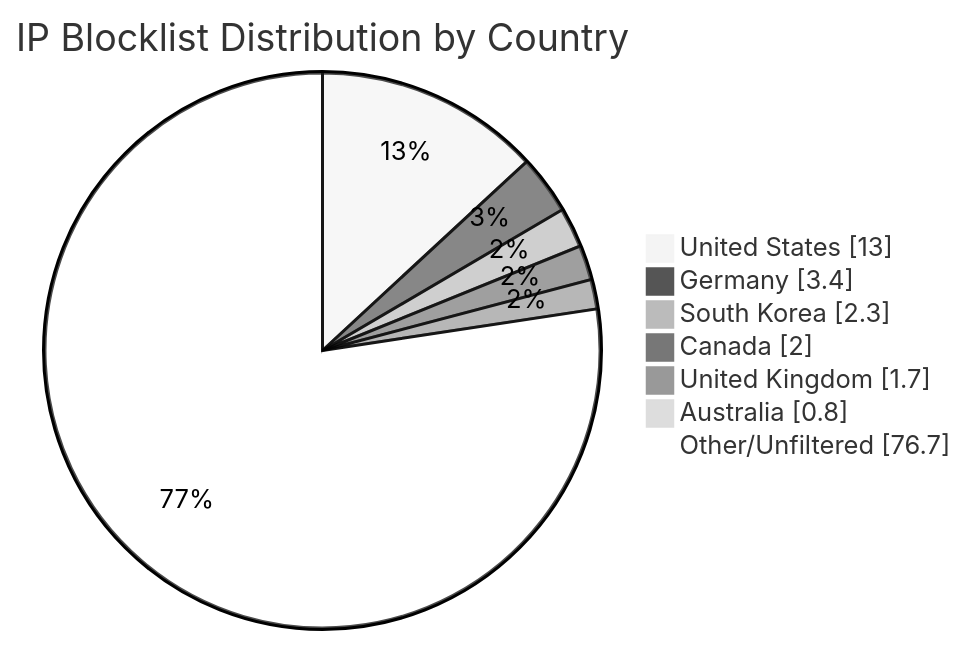
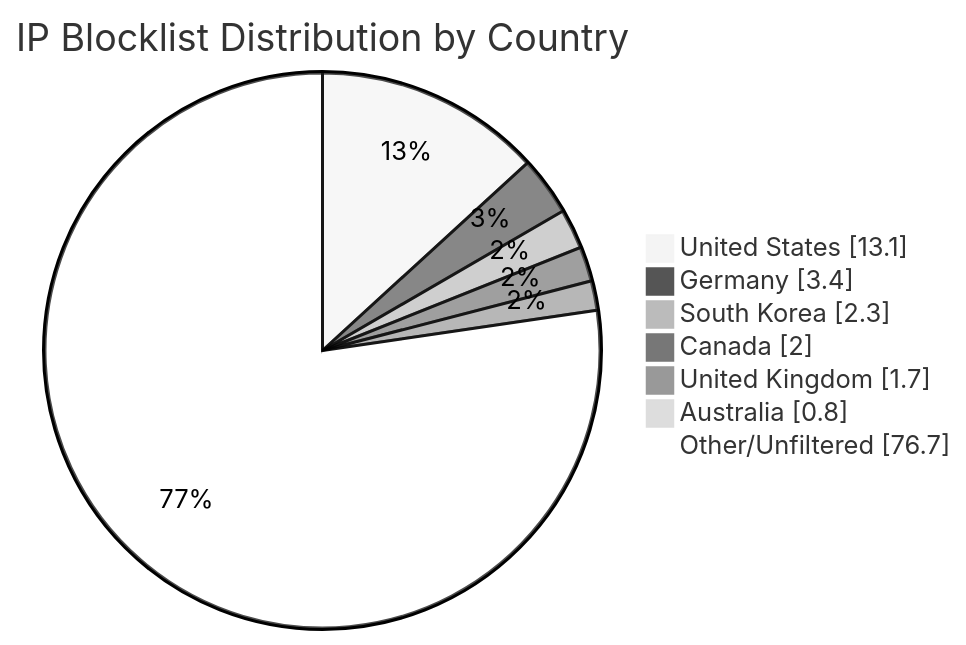
The diagram in README.md (MarcusHoltz/ipblocklist-geofiltered-aggregator), drawn with Mermaid (neutral theme) before and after one commit. The commit also changed other lines of this file and 9 other files, not shown here.

````diff
--- a/README.md
+++ b/README.md
@@ -34,10 +34,10 @@
 ```mermaid
 pie showData title IP Blocklist Distribution by Country
-"United States" : 13.0
+"United States" : 13.1
 "Germany" : 3.4
 "South Korea" : 2.3
 "Canada" : 2.0
 "United Kingdom" : 1.7
 "Australia" : 0.8
 "Other/Unfiltered" : 76.7
 ```
````
